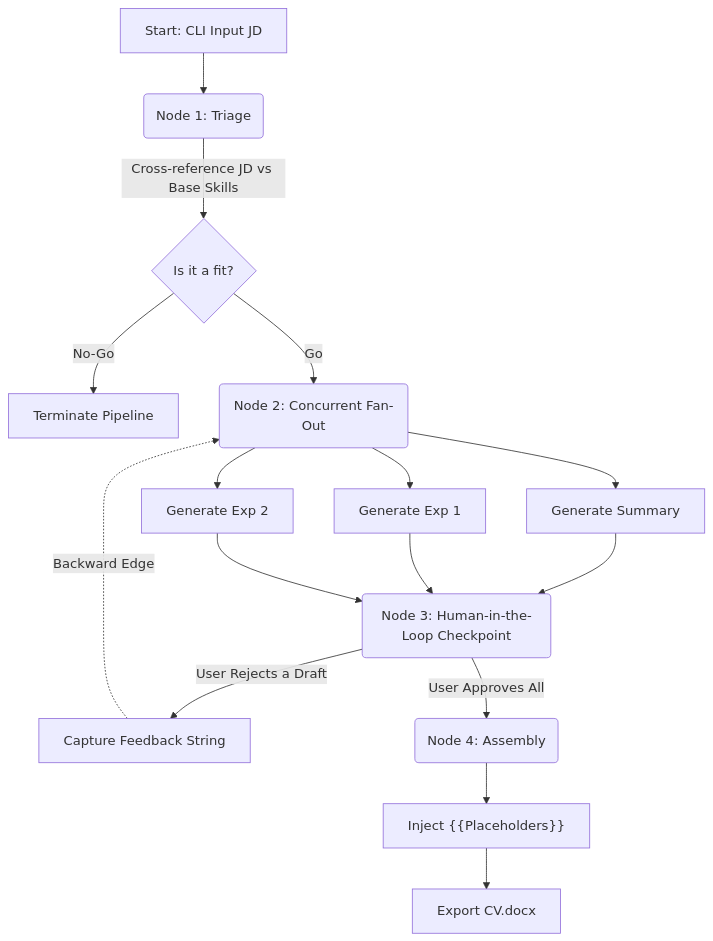
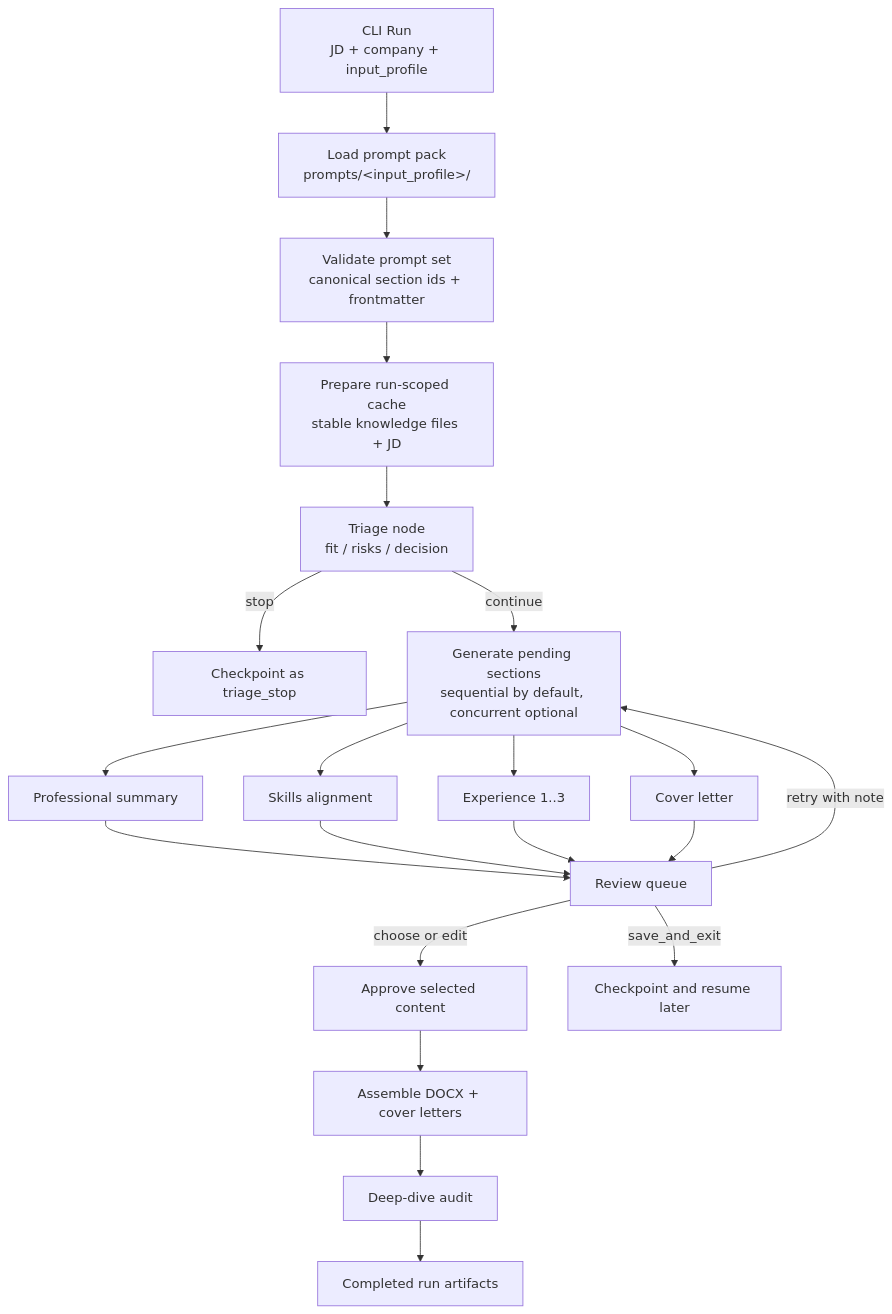
The first of 2 diagrams in README.md (bonyaroslav/ai-resume-tailor), drawn with Mermaid before and after one commit. The commit also changed other lines of this file and 1 other file, not shown here.

Commit message:
Readme refresh: diagrams and small adjustments

````diff
--- a/README.md
+++ b/README.md
@@ -49,23 +62,28 @@
 ```mermaid
-graph TD
-    A[Start: CLI Input JD] --> B(Node 1: Triage)
-    B -->|Cross-reference JD vs Base Skills| C{Is it a fit?}
-    C -->|No-Go| D[Terminate Pipeline]
-    C -->|Go| E(Node 2: Concurrent Fan-Out)
-    
-    E --> F[Generate Summary]
-    E --> G[Generate Exp 1]
-    E --> H[Generate Exp 2]
-    
-    F --> I(Node 3: Human-in-the-Loop Checkpoint)
-    G --> I
-    H --> I
-    
-    I -->|User Rejects a Draft| J[Capture Feedback String]
-    J -. Backward Edge .-> E
-    
-    I -->|User Approves All| K(Node 4: Assembly)
-    K --> L["Inject {{Placeholders}}"]
-    L --> M[Export CV.docx]
+flowchart TD
+    A["CLI Run<br/>JD + company + input_profile"] --> B["Load prompt pack<br/>prompts/&lt;input_profile&gt;/"]
+    B --> C["Validate prompt set<br/>canonical section ids + frontmatter"]
+    C --> D["Prepare run-scoped cache<br/>stable knowledge files + JD"]
+    D --> E["Triage node<br/>fit / risks / decision"]
 
+    E -->|stop| F["Checkpoint as triage_stop"]
+    E -->|continue| G["Generate pending sections<br/>sequential by default, concurrent optional"]
+
+    G --> H["Professional summary"]
+    G --> I["Skills alignment"]
+    G --> J["Experience 1..3"]
+    G --> K["Cover letter"]
+
+    H --> L["Review queue"]
+    I --> L
+    J --> L
+    K --> L
+
+    L -->|choose or edit| M["Approve selected content"]
+    L -->|retry with note| G
+    L -->|save_and_exit| N["Checkpoint and resume later"]
+
+    M --> O["Assemble DOCX + cover letters"]
+    O --> P["Deep-dive audit"]
+    P --> Q["Completed run artifacts"]
 ```
````
